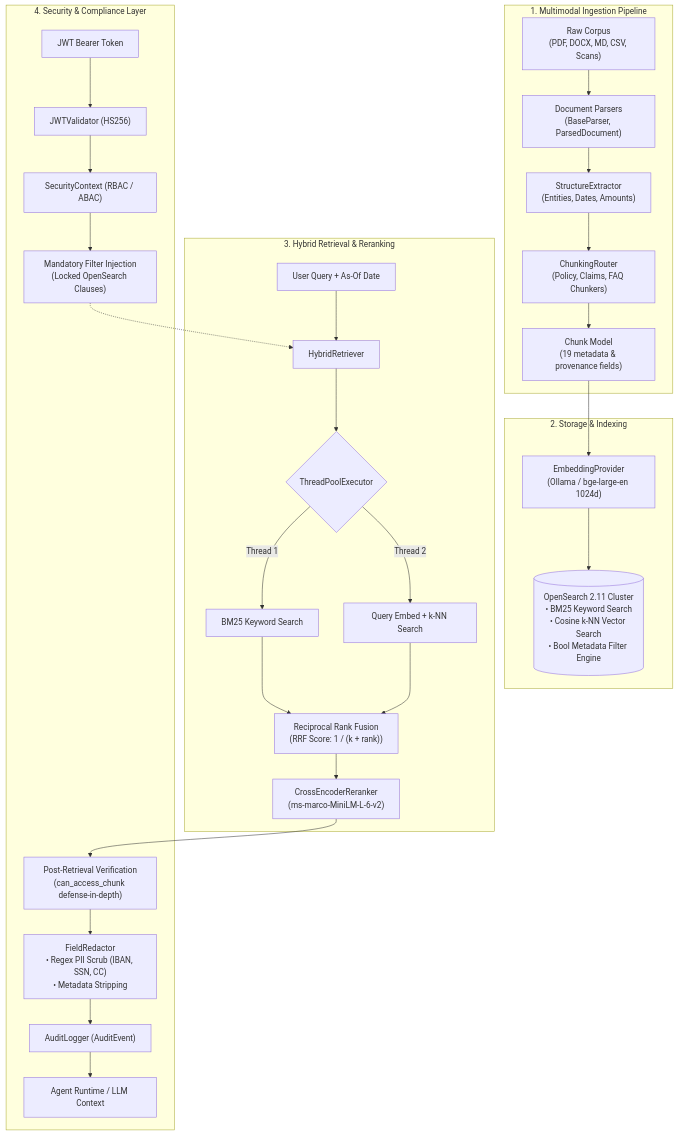
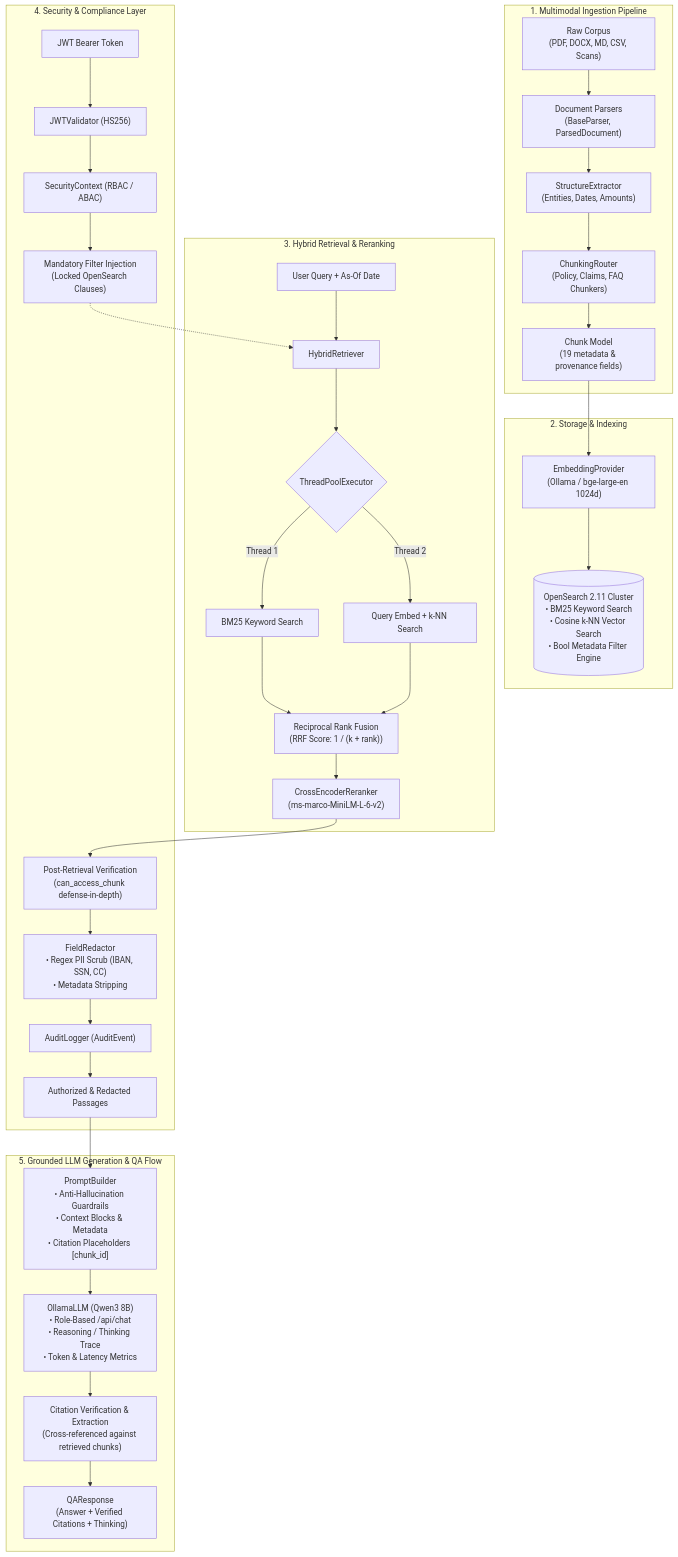
One commit to Abhishekvarun2010/RAG-setup changed the diagram in insurance-support-agent/README.md. Above: the diagram before and after it, drawn with Mermaid. The commit also changed other lines of this file and 11 other files, not shown here.

Commit message:
feat(agent): implement end-to-end RAG question-answering flow with Qwen3 8B LLM integration

````diff
--- a/insurance-support-agent/README.md
+++ b/insurance-support-agent/README.md
@@ -38,35 +38,42 @@
 ```mermaid
 flowchart TD
     subgraph Ingestion ["1. Multimodal Ingestion Pipeline"]
         RawDocs["Raw Corpus\n(PDF, DOCX, MD, CSV, Scans)"] --> Parsers["Document Parsers\n(BaseParser, ParsedDocument)"]
         Parsers --> Extractor["StructureExtractor\n(Entities, Dates, Amounts)"]
         Extractor --> Router["ChunkingRouter\n(Policy, Claims, FAQ Chunkers)"]
         Router --> Chunks["Chunk Model\n(19 metadata & provenance fields)"]
     end
 
     subgraph Storage ["2. Storage & Indexing"]
         Chunks --> Embeddings["EmbeddingProvider\n(Ollama / bge-large-en 1024d)"]
         Embeddings --> OpenSearch[("OpenSearch 2.11 Cluster\n• BM25 Keyword Search\n• Cosine k-NN Vector Search\n• Bool Metadata Filter Engine")]
     end
 
     subgraph Retrieval ["3. Hybrid Retrieval & Reranking"]
         Query["User Query + As-Of Date"] --> HybridRetriever["HybridRetriever"]
         HybridRetriever --> Parallel{"ThreadPoolExecutor"}
         Parallel -->|Thread 1| BM25["BM25 Keyword Search"]
         Parallel -->|Thread 2| DenseVector["Query Embed + k-NN Search"]
         BM25 --> RRF["Reciprocal Rank Fusion\n(RRF Score: 1 / (k + rank))"]
         DenseVector --> RRF
         RRF --> Reranker["CrossEncoderReranker\n(ms-marco-MiniLM-L-6-v2)"]
     end
 
     subgraph Security ["4. Security & Compliance Layer"]
         ClientToken["JWT Bearer Token"] --> JWTVal["JWTValidator (HS256)"]
         JWTVal --> SecContext["SecurityContext (RBAC / ABAC)"]
         SecContext --> MandatoryFilters["Mandatory Filter Injection\n(Locked OpenSearch Clauses)"]
         MandatoryFilters -.-> HybridRetriever
         Reranker --> SecCheck["Post-Retrieval Verification\n(can_access_chunk defense-in-depth)"]
         SecCheck --> Redaction["FieldRedactor\n• Regex PII Scrub (IBAN, SSN, CC)\n• Metadata Stripping"]
         Redaction --> Audit["AuditLogger (AuditEvent)"]
-        Audit --> Agent["Agent Runtime / LLM Context"]
+        Audit --> SecureContext["Authorized & Redacted Passages"]
+    end
+
+    subgraph Generation ["5. Grounded LLM Generation & QA Flow"]
+        SecureContext --> PromptBuilder["PromptBuilder\n• Anti-Hallucination Guardrails\n• Context Blocks & Metadata\n• Citation Placeholders [chunk_id]"]
+        PromptBuilder --> Qwen["OllamaLLM (Qwen3 8B)\n• Role-Based /api/chat\n• Reasoning / Thinking Trace\n• Token & Latency Metrics"]
+        Qwen --> CitationExtractor["Citation Verification & Extraction\n(Cross-referenced against retrieved chunks)"]
+        CitationExtractor --> QAResp["QAResponse\n(Answer + Verified Citations + Thinking)"]
     end
 ```
````
